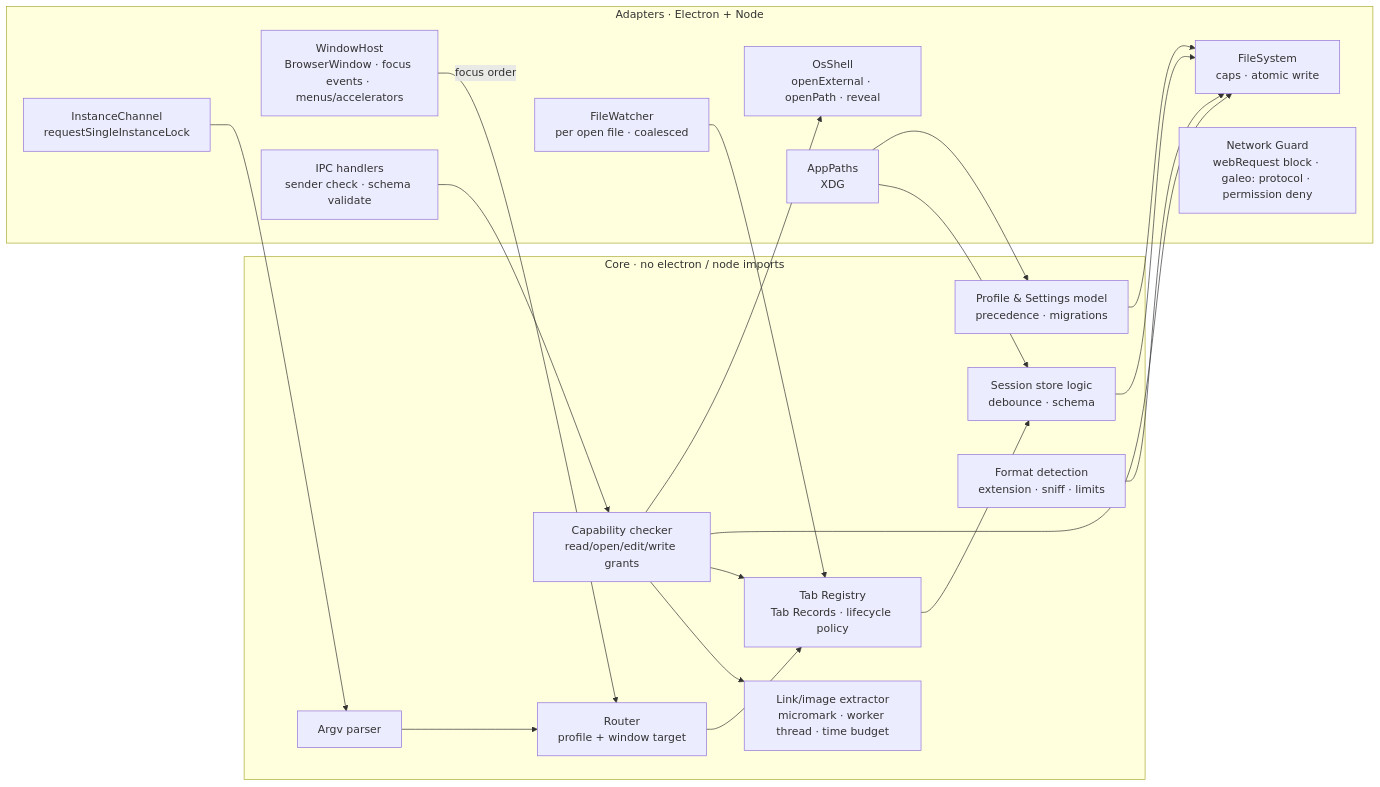
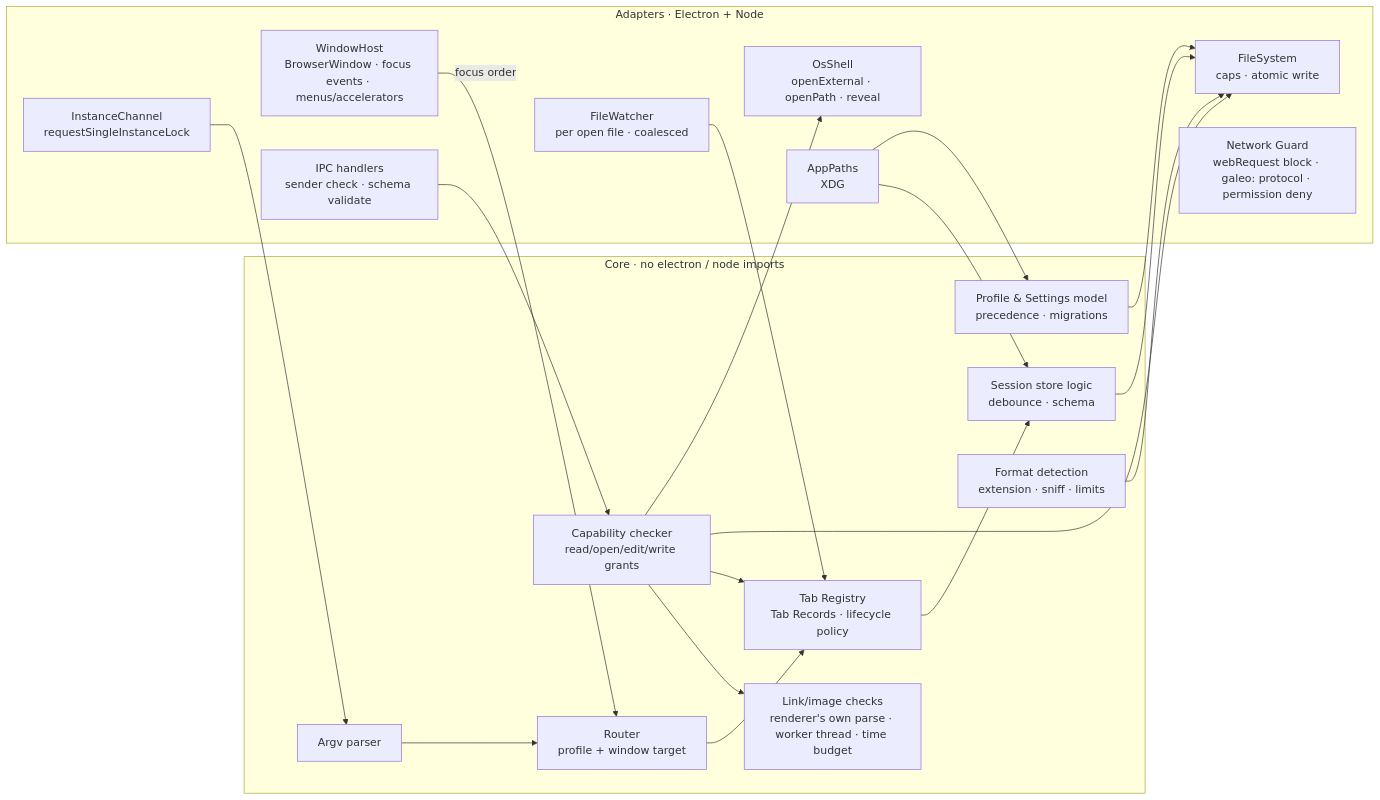
Before and after one commit to SWEStash/galeo: the third of 6 diagrams in docs/ARCHITECTURE.md, drawn with Mermaid. The commit also changed other lines of this file and 2 other files, not shown here.

````diff
--- a/docs/ARCHITECTURE.md
+++ b/docs/ARCHITECTURE.md
@@ -126,33 +126,33 @@
 ```mermaid
 flowchart LR
   subgraph core[Core · no electron / node imports]
     argv[Argv parser]
     routing[Router<br/>profile + window target]
     reg[Tab Registry<br/>Tab Records · lifecycle policy]
     prof[Profile & Settings model<br/>precedence · migrations]
     sess[Session store logic<br/>debounce · schema]
     caps[Capability checker<br/>read/open/edit/write grants]
-    links[Link/image extractor<br/>micromark · worker thread · time budget]
+    links[Link/image checks<br/>renderer's own parse · worker thread · time budget]
     fmt[Format detection<br/>extension · sniff · limits]
   end
   subgraph adapt[Adapters · Electron + Node]
     inst[InstanceChannel<br/>requestSingleInstanceLock]
     win[WindowHost<br/>BrowserWindow · focus events · menus/accelerators]
     fsys[FileSystem<br/>caps · atomic write]
     watch[FileWatcher<br/>per open file · coalesced]
     shellp[OsShell<br/>openExternal · openPath · reveal]
     paths[AppPaths<br/>XDG]
     ipc[IPC handlers<br/>sender check · schema validate]
     netg[Network Guard<br/>webRequest block · galeo: protocol · permission deny]
   end
   inst --> argv --> routing --> reg
   win -- focus order --> routing
   ipc --> caps
   caps --> links & reg
   caps --> fsys & shellp
   reg --> sess --> fsys
   prof --> fsys
   fmt --> fsys
   watch --> reg
   paths --> sess & prof
 ```
````
